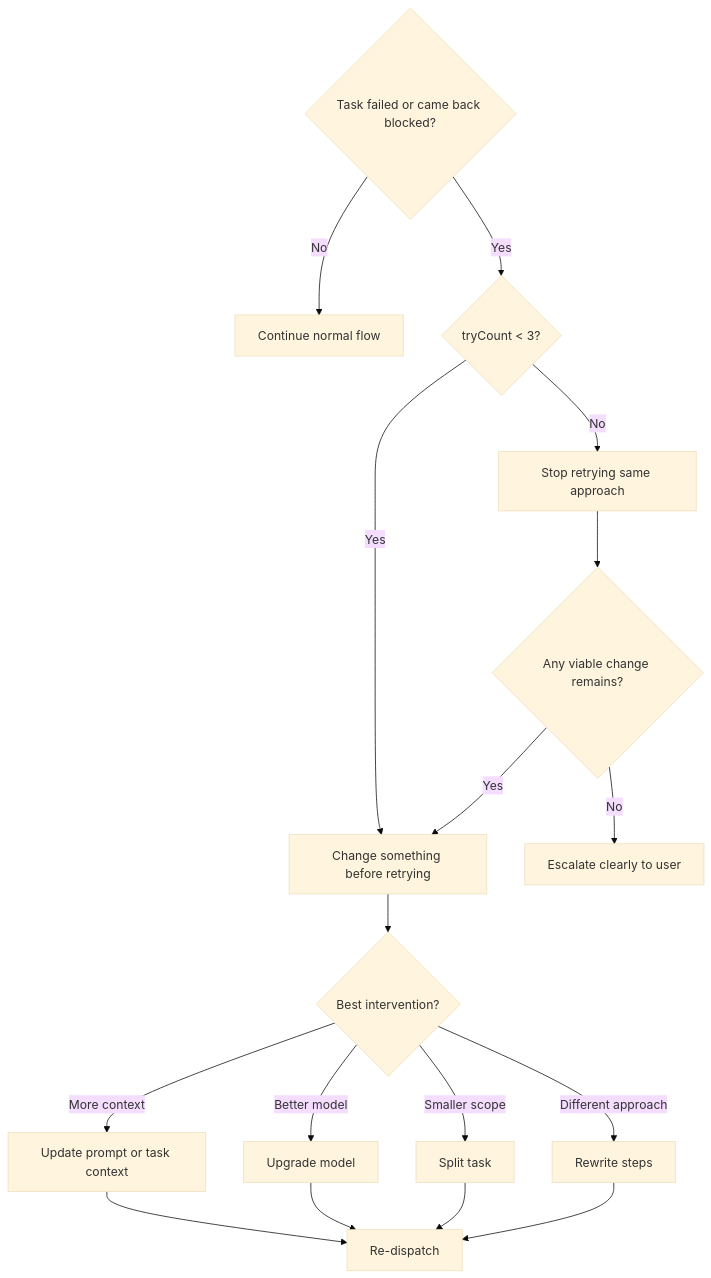
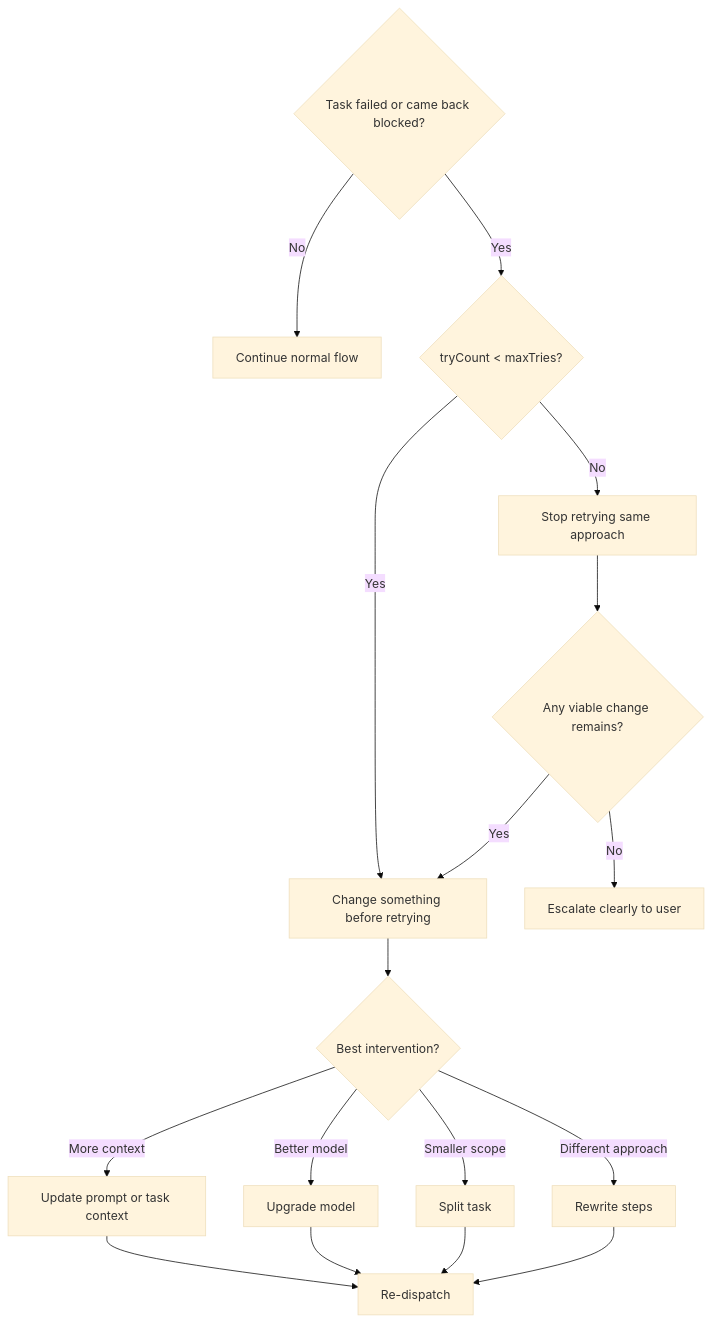
The tenth of 11 diagrams in super-planning/docs/AGENT-DECISION-FLOW.md (gugacarbo/agents-skills), drawn with Mermaid (base theme) before and after one commit. The commit also changed other lines of this file and 41 other files, not shown here.

````diff
--- a/super-planning/docs/AGENT-DECISION-FLOW.md
+++ b/super-planning/docs/AGENT-DECISION-FLOW.md
@@ -229,20 +226,20 @@
 ```mermaid
 flowchart TD
     A{"Task failed or came back blocked?"}
     A -->|No| B["Continue normal flow"]
-    A -->|Yes| C{"tryCount < 3?"}
+    A -->|Yes| C{"tryCount < maxTries?"}
     C -->|Yes| D["Change something before retrying"]
     D --> E{"Best intervention?"}
     E -->|More context| F["Update prompt or task context"]
     E -->|Better model| G["Upgrade model"]
     E -->|Smaller scope| H["Split task"]
     E -->|Different approach| I["Rewrite steps"]
     F --> J["Re-dispatch"]
     G --> J
     H --> J
     I --> J
     C -->|No| K["Stop retrying same approach"]
     K --> L{"Any viable change remains?"}
     L -->|Yes| D
     L -->|No| M["Escalate clearly to user"]
 ```
````
